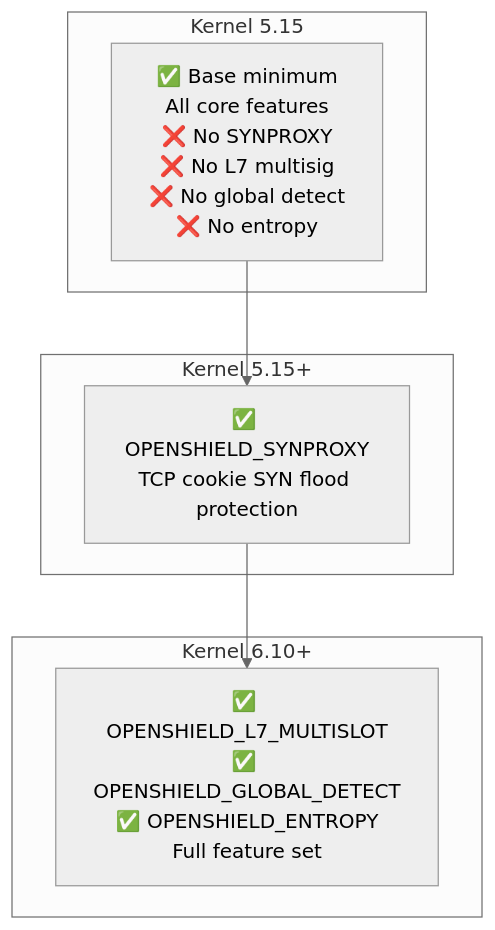
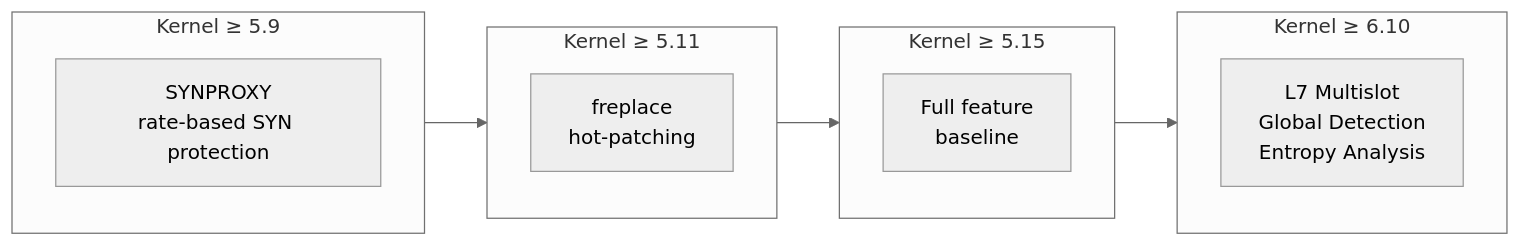
One commit to AnAverageBeing/pingless-studios-docs changed the diagram in docs/openshield-xdp/architecture/kernel-gates.md. Above: the diagram before and after it, drawn with Mermaid (neutral theme). The commit also changed 10 other files, not shown here.

First line of the commit message:
docs: improve landing page, fix mermaid diagram sizing, enlarge all diagrams

````diff
--- a/docs/openshield-xdp/architecture/kernel-gates.md
+++ b/docs/openshield-xdp/architecture/kernel-gates.md
@@ -103,16 +103,16 @@
 ```mermaid
-flowchart TB
-    subgraph "Kernel 5.15"
-        K515["✅ Base minimum<br/>All core features<br/>❌ No SYNPROXY<br/>❌ No L7 multisig<br/>❌ No global detect<br/>❌ No entropy"]
+flowchart LR
+    subgraph K59["Kernel ≥ 5.9"]
+        A["SYNPROXY<br/>rate-based SYN protection"]
     end
-
-    subgraph "Kernel 5.15+"
-        K515P["✅ OPENSHIELD_SYNPROXY<br/>TCP cookie SYN flood protection"]
+    subgraph K511["Kernel ≥ 5.11"]
+        B["freplace<br/>hot-patching"]
     end
-
-    subgraph "Kernel 6.10+"
-        K610["✅ OPENSHIELD_L7_MULTISLOT<br/>✅ OPENSHIELD_GLOBAL_DETECT<br/>✅ OPENSHIELD_ENTROPY<br/>Full feature set"]
+    subgraph K515["Kernel ≥ 5.15"]
+        C["Full feature<br/>baseline"]
     end
-
-    K515 --> K515P --> K610
+    subgraph K610["Kernel ≥ 6.10"]
+        D["L7 Multislot<br/>Global Detection<br/>Entropy Analysis"]
+    end
+    K59 --> K511 --> K515 --> K610
 ```
````
